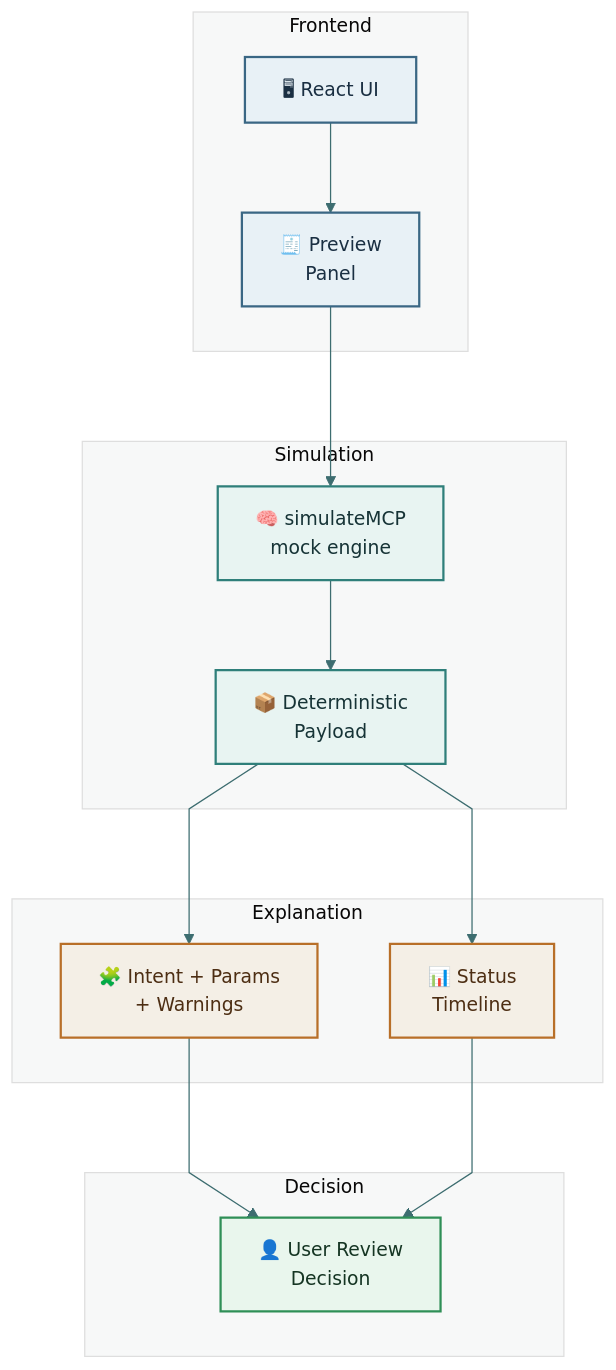
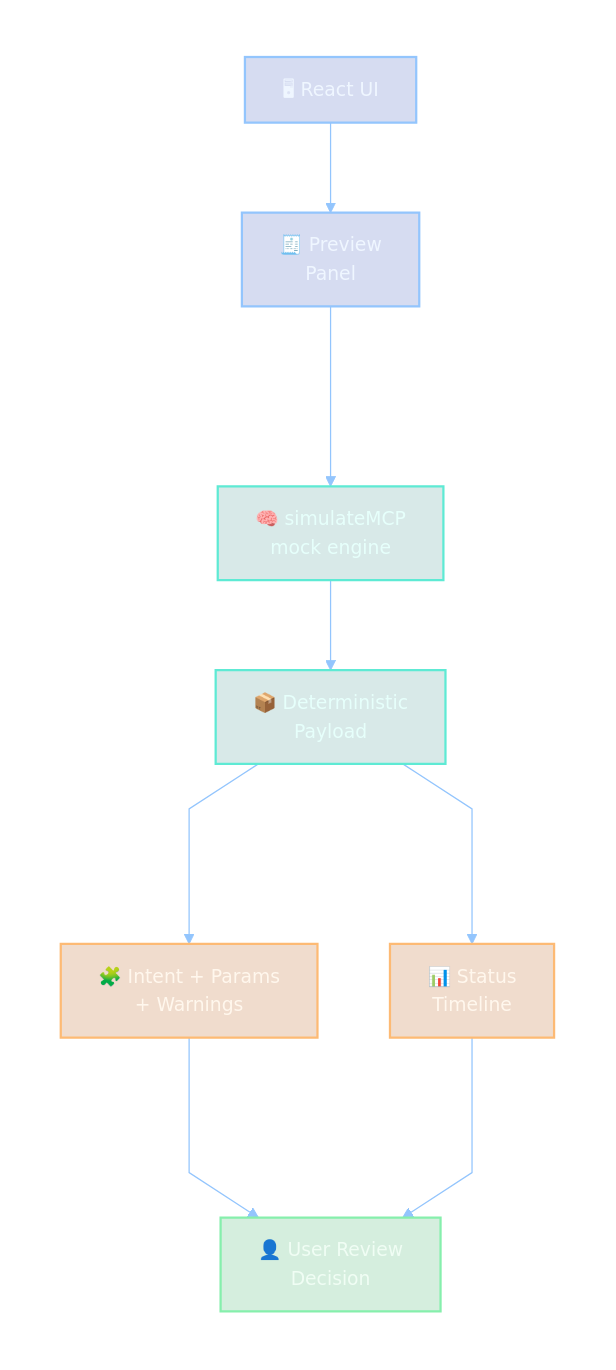
One commit to sunshineluyao/Moss-Mcp-Transaction changed the fourth of 8 diagrams in README.md. Above: the diagram before and after it, drawn with Mermaid. The commit also changed other lines of this file, not shown here.

Commit message:
docs: add GIF workflow and diagram color design notes

````diff
--- a/README.md
+++ b/README.md
@@ -325,34 +357,34 @@
 ```mermaid
-%%{init: {'theme':'base','flowchart': {'htmlLabels': true, 'nodeSpacing': 58, 'rankSpacing': 72, 'curve': 'linear'},'themeVariables': {'fontFamily':'Trebuchet MS, Segoe UI, sans-serif','fontSize':'15px','primaryColor':'#e8f4f2','primaryBorderColor':'#2f7f7a','primaryTextColor':'#142022','lineColor':'#3d6d70','secondaryColor':'#edf2f4','tertiaryColor':'#f7f8f8'}}}%%
+%%{init: {'theme':'base','flowchart': {'htmlLabels': true, 'nodeSpacing': 58, 'rankSpacing': 72, 'curve': 'linear'},'themeVariables': {'fontFamily':'Trebuchet MS, Segoe UI, sans-serif','fontSize':'15px','primaryColor':'transparent','primaryBorderColor':'#5eead4','primaryTextColor':'#e6edf7','lineColor':'#93c5fd','secondaryColor':'rgba(15,23,42,0.18)','tertiaryColor':'transparent','background':'transparent','edgeLabelBackground':'rgba(15,23,42,0.62)'},'themeCSS': '.edgeLabel rect{fill:rgba(15,23,42,0.62)!important;stroke:rgba(148,163,184,0.45)!important;} .edgeLabel p,.edgeLabel span{color:#e6edf7!important;}'} }%%
 flowchart TB
   subgraph L1[Frontend]
     UI["🖥 React UI"] --> Preview["🧾 Preview<br/>Panel"]
   end
 
   subgraph L2[Simulation]
     Engine["🧠 simulateMCP<br/>mock engine"] --> Data["📦 Deterministic<br/>Payload"]
   end
 
   subgraph L3[Explanation]
     Cards["🧩 Intent + Params<br/>+ Warnings"]
     Timeline["📊 Status<br/>Timeline"]
   end
 
   subgraph L4[Decision]
     User["👤 User Review<br/>Decision"]
   end
 
   Preview --> Engine
   Data --> Cards --> User
   Data --> Timeline --> User
 
-  classDef frontend fill:#e8f1f6,stroke:#3a6784,stroke-width:1.8px,color:#1a2f42;
-  classDef sim fill:#e8f4f2,stroke:#2f7f7a,stroke-width:1.8px,color:#163336;
-  classDef explain fill:#f4efe6,stroke:#b86f28,stroke-width:1.8px,color:#4d2e13;
-  classDef decision fill:#e9f6ed,stroke:#2f8f57,stroke-width:1.8px,color:#153523;
+  classDef frontend fill:#1e40af2e,stroke:#93c5fd,stroke-width:1.8px,color:#eff6ff;
+  classDef sim fill:#0f766e29,stroke:#5eead4,stroke-width:1.8px,color:#e6fffb;
+  classDef explain fill:#b4530933,stroke:#fdba74,stroke-width:1.8px,color:#fff7ed;
+  classDef decision fill:#16a34a2e,stroke:#86efac,stroke-width:1.8px,color:#f0fdf4;
 
   class UI,Preview frontend;
   class Engine,Data sim;
   class Cards,Timeline explain;
   class User decision;
 ```
````
